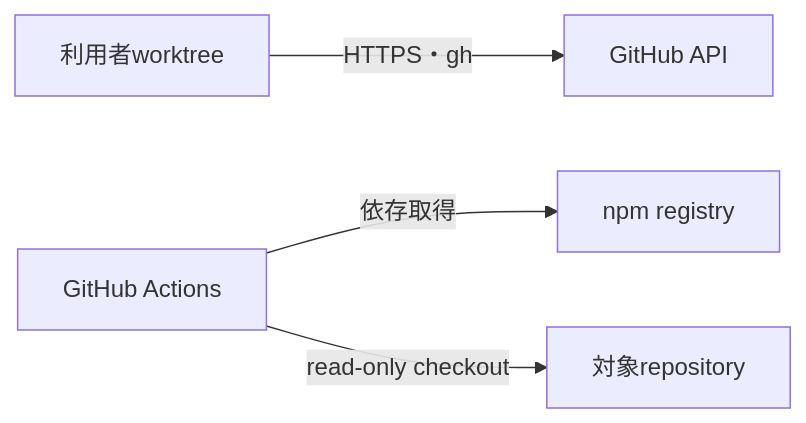
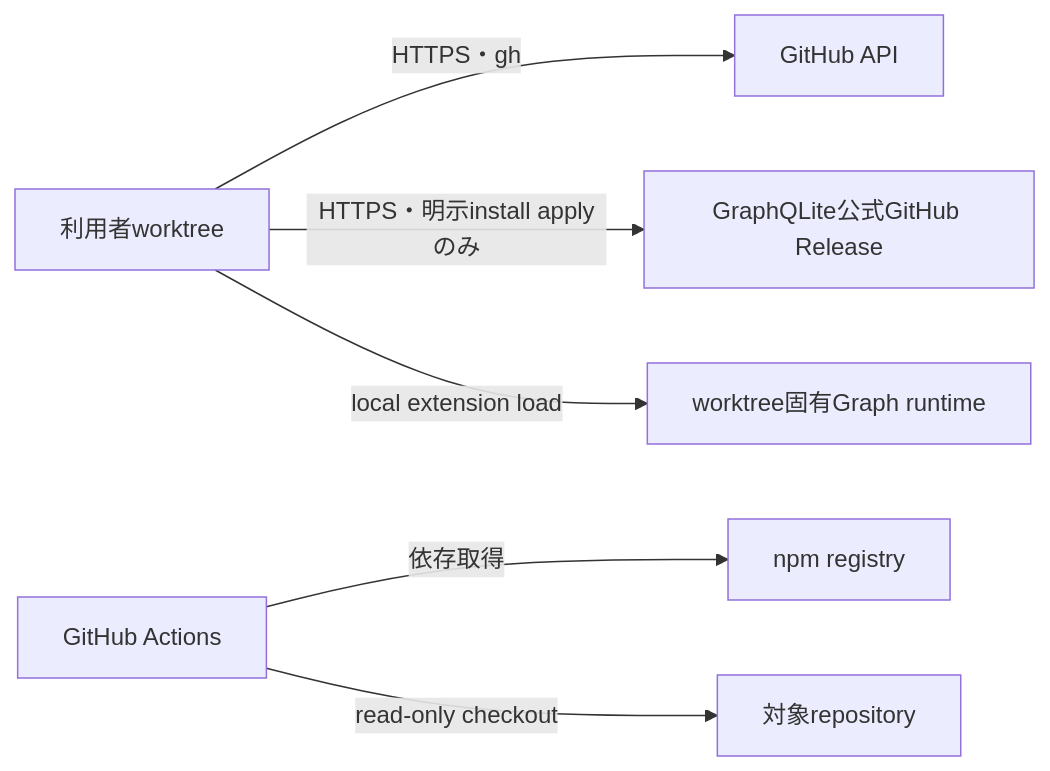
The diagram in docs/specs/09_基盤・ネットワーク/01_実行境界.md (techbeansjp-free/AGENTS.md), drawn with Mermaid before and after one commit. The commit also changed other lines of this file and 50 other files, not shown here.

Commit message:
feat: add embedded semantic graph foundation

````diff
--- a/docs/specs/09_基盤・ネットワーク/01_実行境界.md
+++ b/docs/specs/09_基盤・ネットワーク/01_実行境界.md
@@ -5,6 +5,8 @@
 ```mermaid
 flowchart LR
   local[利用者worktree] -->|HTTPS・gh| github[GitHub API]
   ci[GitHub Actions] -->|依存取得| npm[npm registry]
   ci -->|read-only checkout| repository[対象repository]
+  local -->|HTTPS・明示install applyのみ| graph_release[GraphQLite公式GitHub Release]
+  local -->|local extension load| graph_runtime[worktree固有Graph runtime]
 ```
````
